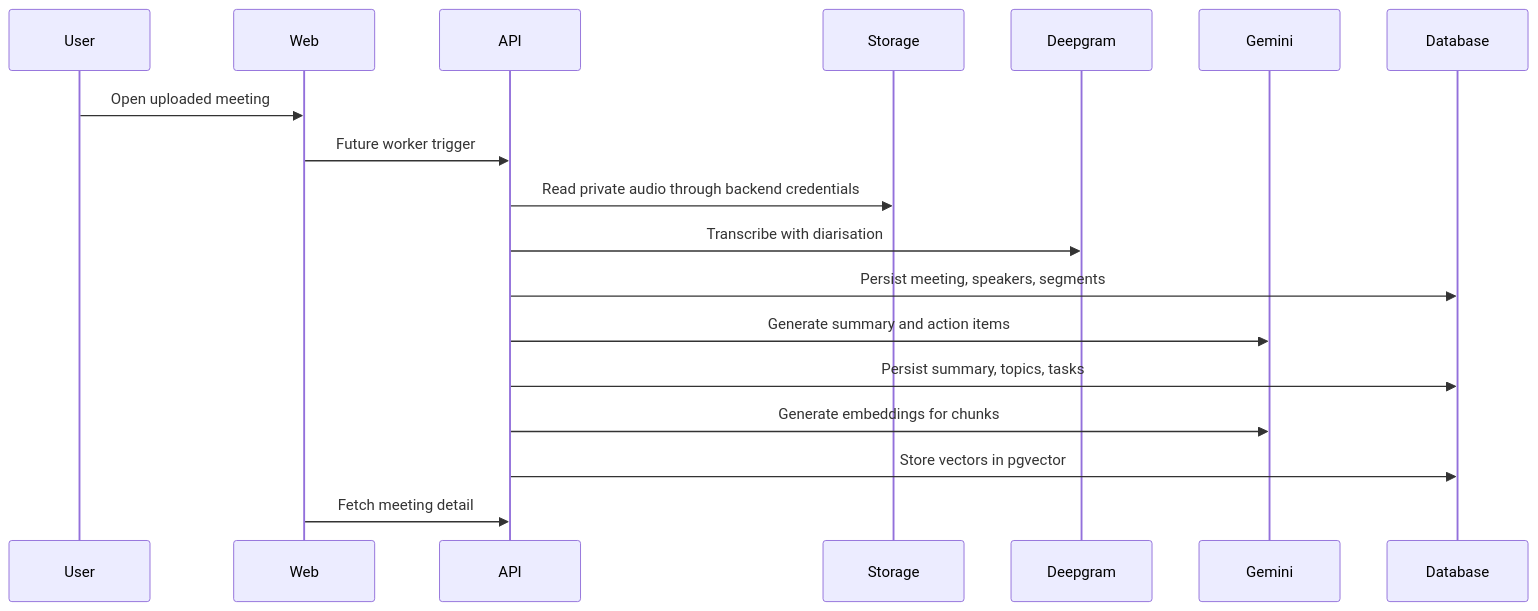
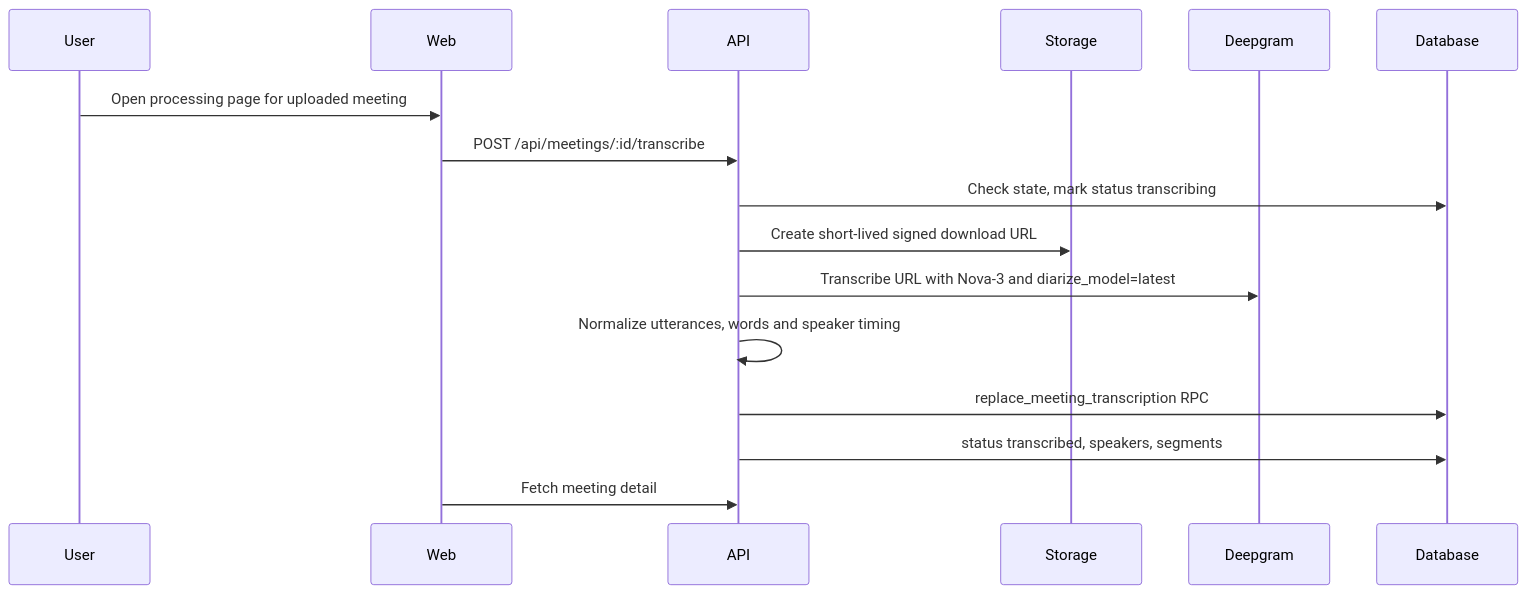
The third of 5 diagrams in docs/ARCHITECTURE.md (nipun172006/ScribeFlow), drawn with Mermaid before and after one commit. The commit also changed other lines of this file and 38 other files, not shown here.

Commit message:
feat: add Deepgram transcription and diarisation

````diff
--- a/docs/ARCHITECTURE.md
+++ b/docs/ARCHITECTURE.md
@@ -102,21 +102,19 @@
 ```mermaid
 sequenceDiagram
   participant User
   participant Web
   participant API
   participant Storage
   participant Deepgram
-  participant Gemini
   participant Database
 
-  User->>Web: Open uploaded meeting
-  Web->>API: Future worker trigger
-  API->>Storage: Read private audio through backend credentials
-  API->>Deepgram: Transcribe with diarisation
-  API->>Database: Persist meeting, speakers, segments
-  API->>Gemini: Generate summary and action items
-  API->>Database: Persist summary, topics, tasks
-  API->>Gemini: Generate embeddings for chunks
-  API->>Database: Store vectors in pgvector
+  User->>Web: Open processing page for uploaded meeting
+  Web->>API: POST /api/meetings/:id/transcribe
+  API->>Database: Check state, mark status transcribing
+  API->>Storage: Create short-lived signed download URL
+  API->>Deepgram: Transcribe URL with Nova-3 and diarize_model=latest
+  API->>API: Normalize utterances, words and speaker timing
+  API->>Database: replace_meeting_transcription RPC
+  API->>Database: status transcribed, speakers, segments
   Web->>API: Fetch meeting detail
 ```
````
